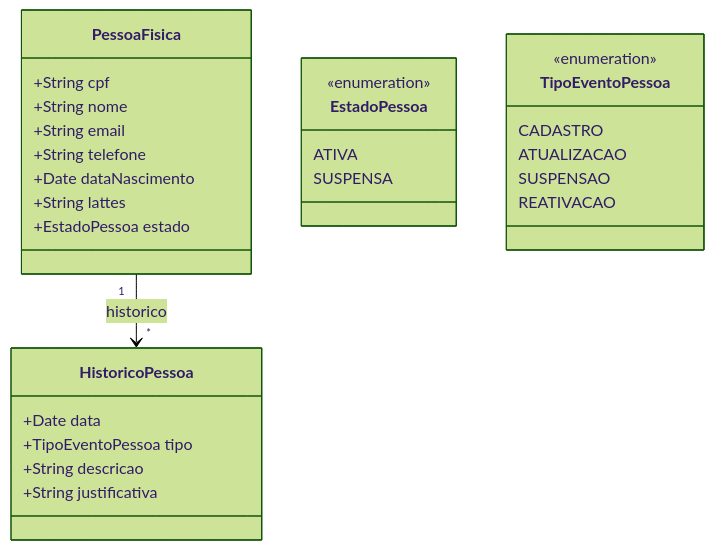
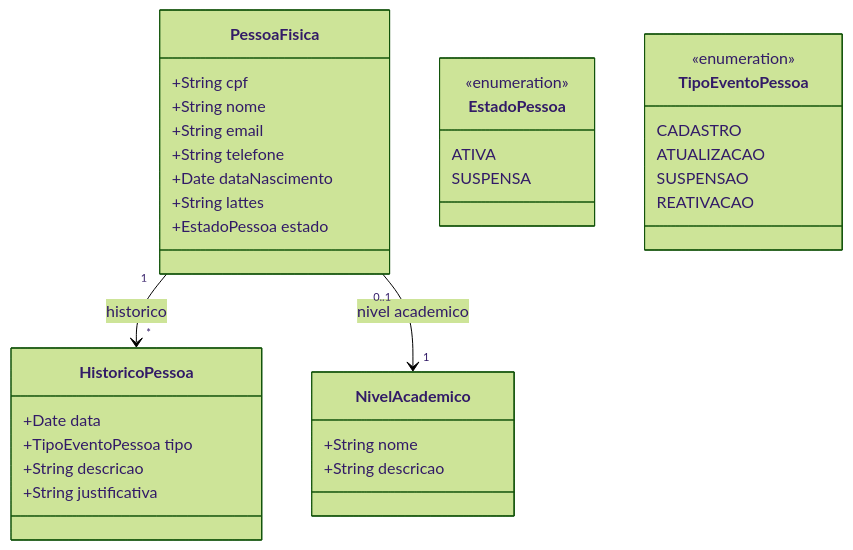
One commit to Czzped/conecta-fapes-teste changed the diagram in docs/implementation/modules/M008-cadastros-corporativos/modelo-estrutural-pessoas.md. Above: the diagram before and after it, drawn with Mermaid (forest theme). The commit also changed other lines of this file and 12 other files, not shown here.

````diff
--- a/docs/implementation/modules/M008-cadastros-corporativos/modelo-estrutural-pessoas.md
+++ b/docs/implementation/modules/M008-cadastros-corporativos/modelo-estrutural-pessoas.md
@@ -9,37 +9,43 @@
 ```mermaid
 classDiagram
     direction TB
 
     class PessoaFisica {
         +String cpf
         +String nome
         +String email
         +String telefone
         +Date dataNascimento
         +String lattes
         +EstadoPessoa estado
+    }
+
+    class NivelAcademico {
+        +String nome
+        +String descricao
     }
 
     class EstadoPessoa {
         <<enumeration>>
         ATIVA
         SUSPENSA
     }
 
     class HistoricoPessoa {
         +Date data
         +TipoEventoPessoa tipo
         +String descricao
         +String justificativa
     }
 
     class TipoEventoPessoa {
         <<enumeration>>
         CADASTRO
         ATUALIZACAO
         SUSPENSAO
         REATIVACAO
     }
 
     PessoaFisica "1" --> "*" HistoricoPessoa : historico
+    PessoaFisica "0..1" --> "1" NivelAcademico : nivel academico
 ```
````
